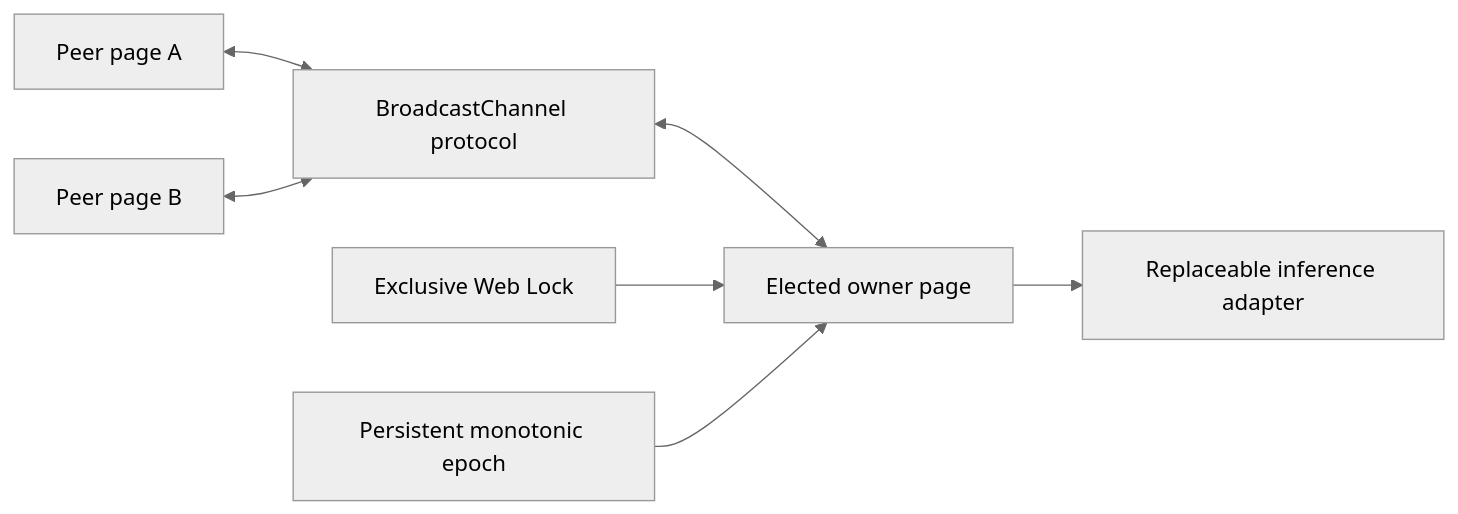
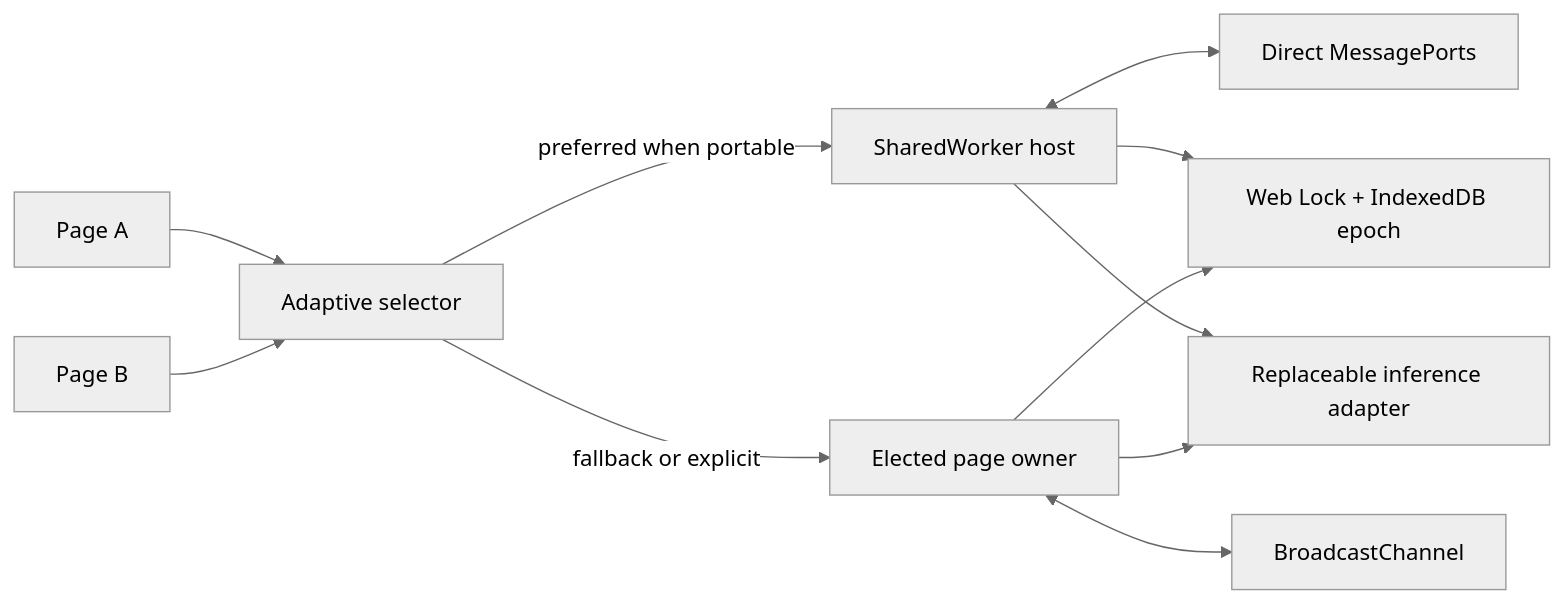
The diagram in README.md (aantenore/tabloom), drawn with Mermaid (neutral theme) before and after one commit. The commit also changed other lines of this file and 12 other files, not shown here.

````diff
--- a/README.md
+++ b/README.md
@@ -21,9 +21,13 @@
 ```mermaid
 flowchart LR
-  P1["Peer page A"] <--> C["BroadcastChannel protocol"]
-  P2["Peer page B"] <--> C
-  C <--> O["Elected owner page"]
-  L["Exclusive Web Lock"] --> O
-  E["Persistent monotonic epoch"] --> O
-  O --> A["Replaceable inference adapter"]
+  P1["Page A"] --> S["Adaptive selector"]
+  P2["Page B"] --> S
+  S -->|"preferred when portable"| W["SharedWorker host"]
+  S -->|"fallback or explicit"| O["Elected page owner"]
+  W <--> M["Direct MessagePorts"]
+  O <--> C["BroadcastChannel"]
+  W --> L["Web Lock + IndexedDB epoch"]
+  O --> L
+  W --> A["Replaceable inference adapter"]
+  O --> A
 ```
````
